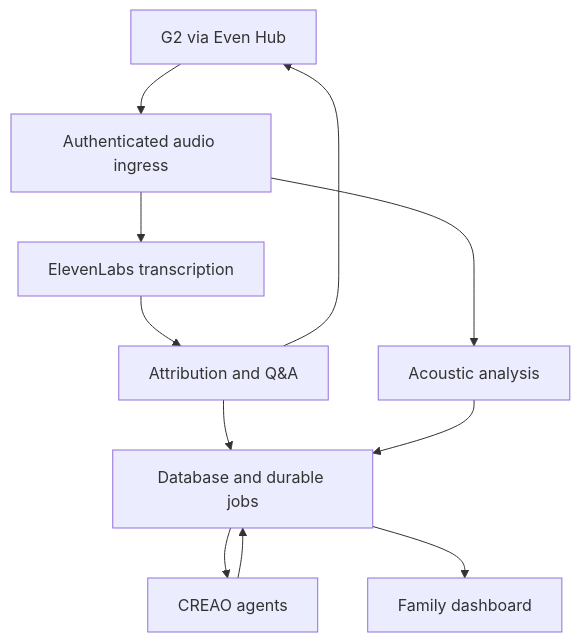
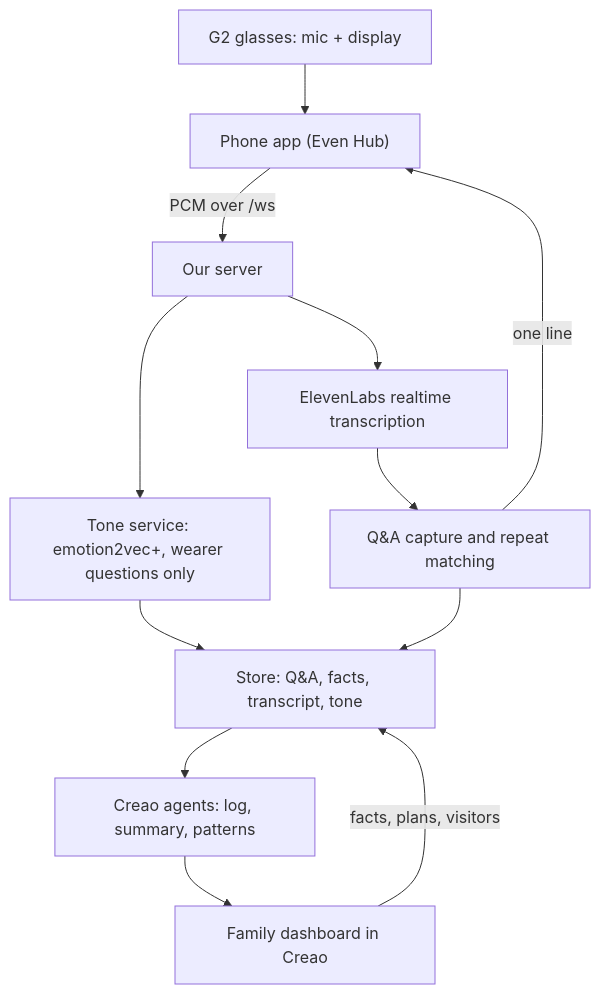
Before and after one commit to nam-m/la-ai-hackathon-2026: the diagram in MVP_IMPLEMENTATION_SPEC.md, drawn with Mermaid. The commit also changed other lines of this file, not shown here.

````diff
--- a/MVP_IMPLEMENTATION_SPEC.md
+++ b/MVP_IMPLEMENTATION_SPEC.md
@@ -41,13 +40,14 @@
 ```mermaid
 flowchart TD
-  G["G2 via Even Hub"] --> I["Authenticated audio ingress"]
-  I --> S["ElevenLabs transcription"]
-  I --> E["Acoustic analysis"]
-  S --> Q["Attribution and Q&A"]
-  Q --> G
-  Q --> D["Database and durable jobs"]
-  E --> D
-  D --> C["CREAO agents"]
-  C --> D
-  D --> F["Family dashboard"]
+  G["G2 glasses: mic + display"] --> P["Phone app (Even Hub)"]
+  P -->|"PCM over /ws"| S["Our server"]
+  S --> T["ElevenLabs realtime transcription"]
+  T --> Q["Q&A capture and repeat matching"]
+  Q -->|"one line"| P
+  S --> H["Tone service: emotion2vec+, wearer questions only"]
+  H --> DB["Store: Q&A, facts, transcript, tone"]
+  Q --> DB
+  DB --> C["Creao agents: log, summary, patterns"]
+  C --> F["Family dashboard in Creao"]
+  F -->|"facts, plans, visitors"| DB
 ```
````
